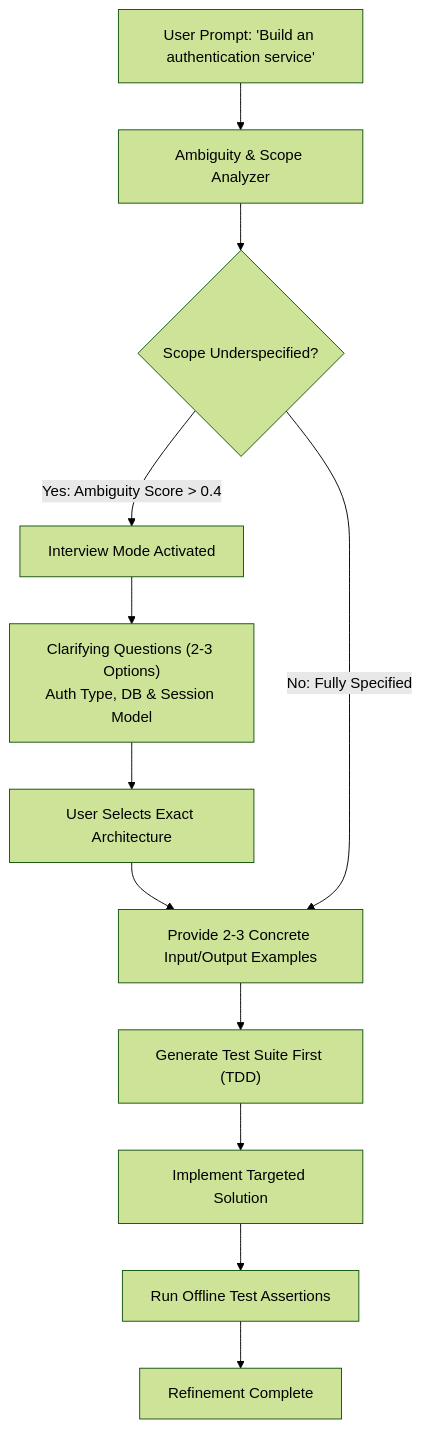
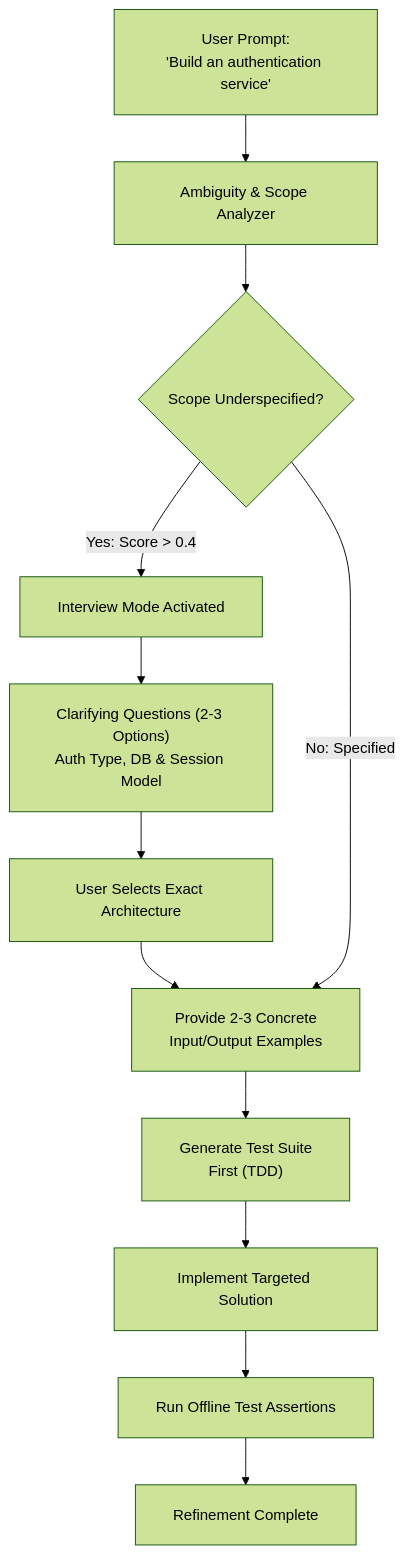
The diagram in domain3/ts_3_5_iterative_refinement_interview/README.md (dip4k/claude_cert_architect_foundation_prep), drawn with Mermaid (forest theme) before and after one commit. The commit also changed 31 other files, not shown here.

First line of the commit message:
docs(diagrams): fix text trimming, padding, and layout in all mermaid diagrams

````diff
--- a/domain3/ts_3_5_iterative_refinement_interview/README.md
+++ b/domain3/ts_3_5_iterative_refinement_interview/README.md
@@ -10,18 +10,19 @@
 ```mermaid
+%%{init: {"flowchart": {"htmlLabels": true, "padding": 20}}}%%
 flowchart TD
-    UserReq["User Prompt: 'Build an authentication service'"] --> Analyzer["Ambiguity & Scope Analyzer"]
+    UserReq["User Prompt:<br/>'Build an authentication service'"] --> Analyzer["Ambiguity & Scope Analyzer"]
     
     Analyzer --> AmbiguityCheck{"Scope Underspecified?"}
     
-    AmbiguityCheck -- "Yes: Ambiguity Score > 0.4" --> Interview["Interview Mode Activated"]
+    AmbiguityCheck -- "Yes: Score > 0.4" --> Interview["Interview Mode Activated"]
     Interview --> Ask["Clarifying Questions (2-3 Options)<br/>Auth Type, DB & Session Model"]
     Ask --> UserFeedback["User Selects Exact Architecture"]
     
-    UserFeedback --> ConcreteIO["Provide 2-3 Concrete Input/Output Examples"]
-    AmbiguityCheck -- "No: Fully Specified" --> ConcreteIO
+    UserFeedback --> ConcreteIO["Provide 2-3 Concrete<br/>Input/Output Examples"]
+    AmbiguityCheck -- "No: Specified" --> ConcreteIO
     
-    ConcreteIO --> TestCases["Generate Test Suite First (TDD)"]
+    ConcreteIO --> TestCases["Generate Test Suite<br/>First (TDD)"]
     TestCases --> CodeGen["Implement Targeted Solution"]
     CodeGen --> Verification["Run Offline Test Assertions"]
     Verification --> Success["Refinement Complete"]
 ```
````
